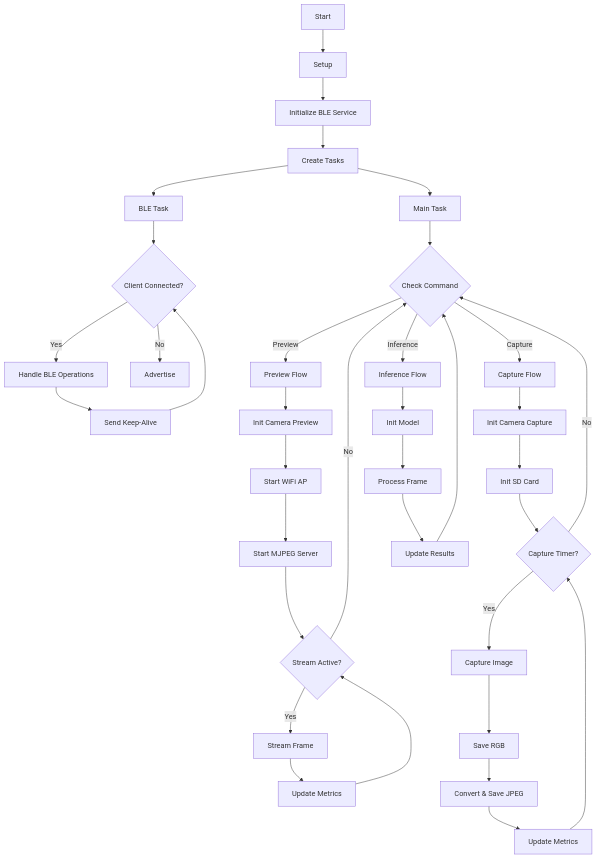
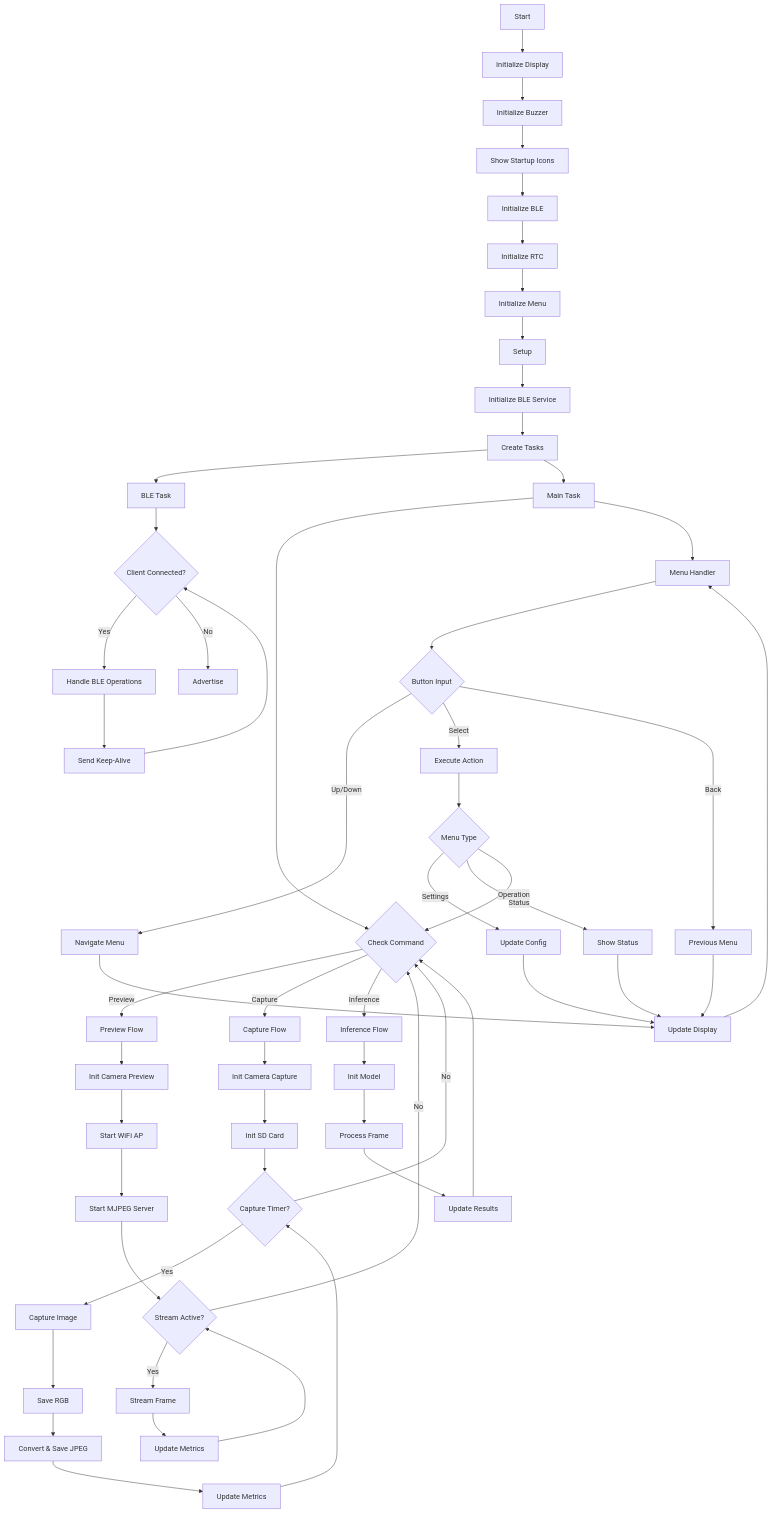
One commit to coloboxp/middlefox changed the diagram in doc/flow.md. Above: the diagram before and after it, drawn with Mermaid. The commit also changed 4 other files, not shown here.

Commit message:
Updated charts

````diff
--- a/doc/flow.md
+++ b/doc/flow.md
@@ -3,44 +3,67 @@
 ```mermaid
 graph TD
-    A[Start] --> B[Setup]
+    A[Start] --> B1[Initialize Display]
+    B1 --> B2[Initialize Buzzer]
+    B2 --> B3[Show Startup Icons]
+    B3 --> B4[Initialize BLE]
+    B4 --> B5[Initialize RTC]
+    B5 --> B6[Initialize Menu]
+    B6 --> B[Setup]
     B --> C[Initialize BLE Service]
     C --> D[Create Tasks]
 
     D --> E[BLE Task]
     D --> F[Main Task]
 
     E --> G{Client Connected?}
     G -->|Yes| H[Handle BLE Operations]
     G -->|No| I[Advertise]
     H --> J[Send Keep-Alive]
     J --> G
 
     F --> K{Check Command}
     K -->|Preview| L[Preview Flow]
     K -->|Capture| M[Capture Flow]
     K -->|Inference| N[Inference Flow]
 
     L --> O[Init Camera Preview]
     O --> P[Start WiFi AP]
     P --> Q[Start MJPEG Server]
     Q --> R{Stream Active?}
     R -->|Yes| S[Stream Frame]
     S --> T[Update Metrics]
     T --> R
     R -->|No| K
 
     M --> U[Init Camera Capture]
     U --> V[Init SD Card]
     V --> W{Capture Timer?}
     W -->|Yes| X[Capture Image]
     X --> Y[Save RGB]
     Y --> Z[Convert & Save JPEG]
     Z --> AA[Update Metrics]
     AA --> W
     W -->|No| K
 
     N --> AB[Init Model]
     AB --> AC[Process Frame]
     AC --> AD[Update Results]
     AD --> K
+
+    F --> M1[Menu Handler]
+    M1 --> M2{Button Input}
+    M2 -->|Up/Down| M3[Navigate Menu]
+    M2 -->|Select| M4[Execute Action]
+    M2 -->|Back| M5[Previous Menu]
+    
+    M3 --> M6[Update Display]
+    M4 --> M7{Menu Type}
+    M7 -->|Settings| M8[Update Config]
+    M7 -->|Status| M9[Show Status]
+    M7 -->|Operation| K
+    
+    M8 --> M6
+    M9 --> M6
+    M5 --> M6
+    M6 --> M1
 ```
````
